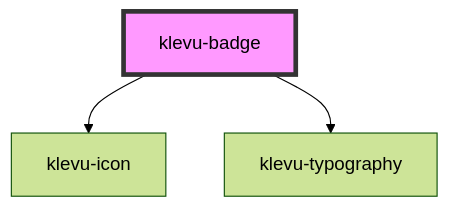
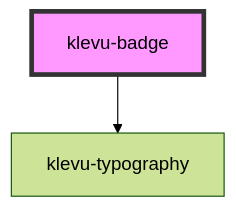
The diagram in packages/klevu-ui/src/components/klevu-badge/readme.md (klevultd/frontend-sdk), drawn with Mermaid (forest theme) before and after one commit. The commit also changed other lines of this file and 14 other files, not shown here.

````diff
--- a/packages/klevu-ui/src/components/klevu-badge/readme.md
+++ b/packages/klevu-ui/src/components/klevu-badge/readme.md
@@ -43,6 +42,5 @@
 ```mermaid
 graph TD;
-  klevu-badge --> klevu-icon
   klevu-badge --> klevu-typography
   style klevu-badge fill:#f9f,stroke:#333,stroke-width:4px
 ```
````
